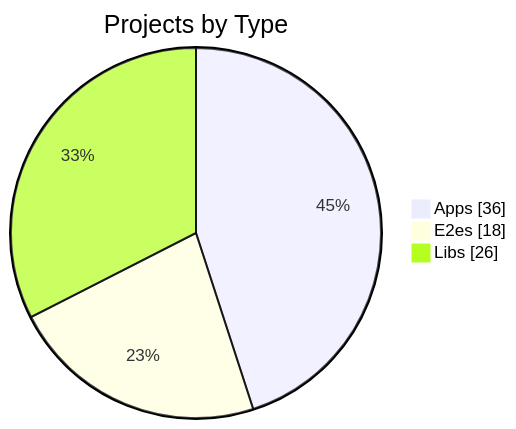
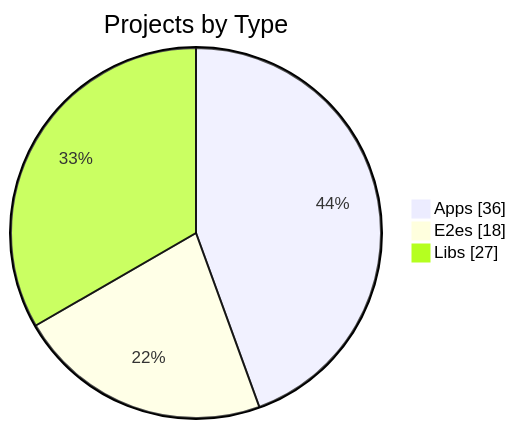
One commit to KBVE/kbve changed the first of 3 diagrams in apps/kbve/astro-kbve/src/content/docs/dashboard/graph.mdx. Above: the diagram before and after it, drawn with Mermaid. The commit also changed other lines of this file and 8 other files, not shown here.

````diff
--- a/apps/kbve/astro-kbve/src/content/docs/dashboard/graph.mdx
+++ b/apps/kbve/astro-kbve/src/content/docs/dashboard/graph.mdx
@@ -56,7 +56,7 @@
 ```mermaid
 pie showData
     title Projects by Type
     "Apps" : 36
     "E2es" : 18
-    "Libs" : 26
+    "Libs" : 27
 ```
````
